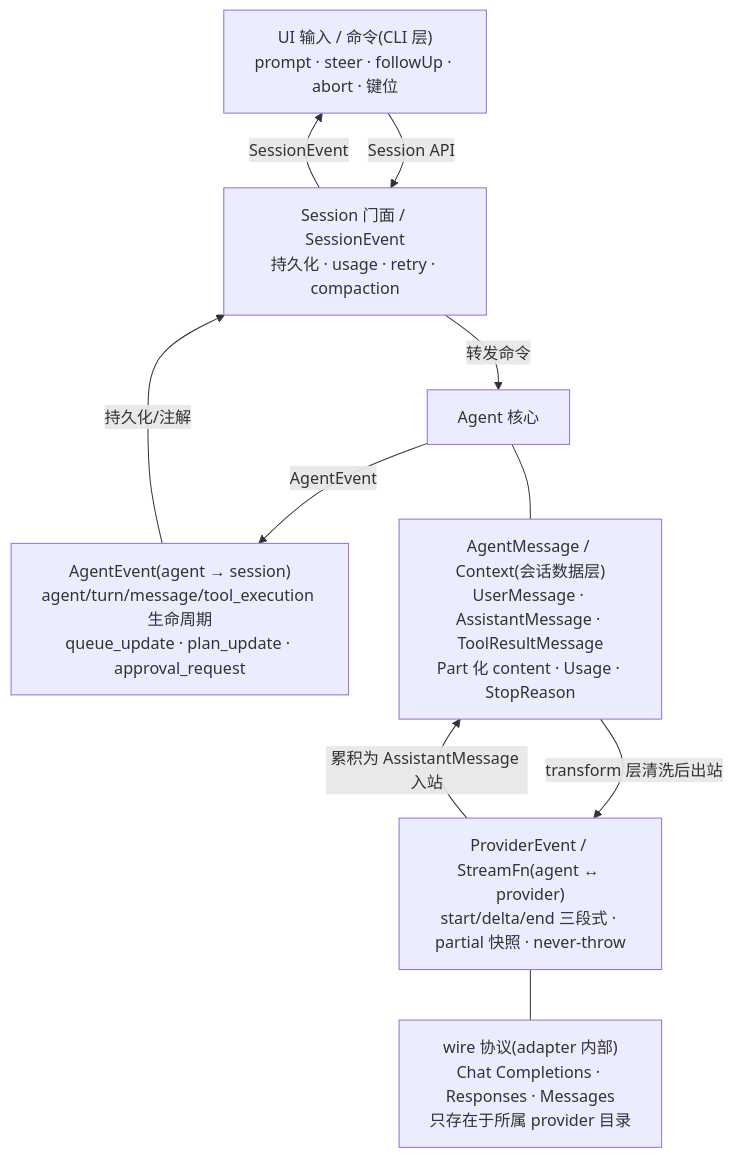
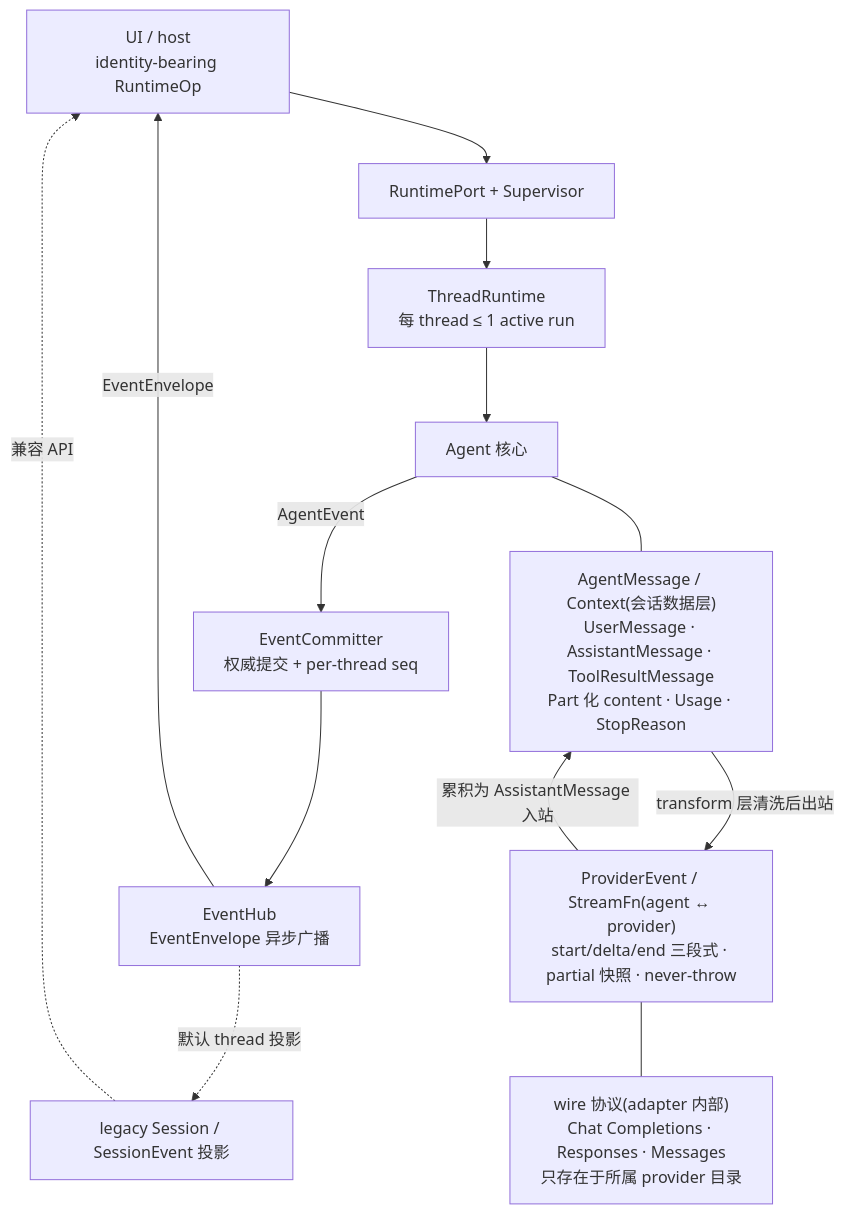
The diagram in docs/01-overview.md (rita152/coda), drawn with Mermaid before and after one commit. The commit also changed other lines of this file and 14 other files, not shown here.

First line of the commit message:
Freeze supervisor runtime design baseline

````diff
--- a/docs/01-overview.md
+++ b/docs/01-overview.md
@@ -139,20 +148,26 @@
 ```mermaid
 graph TD
-  UI["UI 输入 / 命令(CLI 层)<br/>prompt · steer · followUp · abort · 键位"]
-  SE["Session 门面 / SessionEvent<br/>持久化 · usage · retry · compaction"]
+  UI["UI / host<br/>identity-bearing RuntimeOp"]
+  RP["RuntimePort + Supervisor"]
+  TR["ThreadRuntime<br/>每 thread ≤ 1 active run"]
   AG["Agent 核心"]
-  AE["AgentEvent(agent → session)<br/>agent/turn/message/tool_execution 生命周期<br/>queue_update · plan_update · approval_request"]
+  EC["EventCommitter<br/>权威提交 + per-thread seq"]
+  EH["EventHub<br/>EventEnvelope 异步广播"]
+  LEG["legacy Session / SessionEvent 投影"]
   AM["AgentMessage / Context(会话数据层)<br/>UserMessage · AssistantMessage · ToolResultMessage<br/>Part 化 content · Usage · StopReason"]
   PE["ProviderEvent / StreamFn(agent ↔ provider)<br/>start/delta/end 三段式 · partial 快照 · never-throw"]
   WIRE["wire 协议(adapter 内部)<br/>Chat Completions · Responses · Messages<br/>只存在于所属 provider 目录"]
 
-  UI -- "Session API" --> SE
-  SE -- "转发命令" --> AG
-  AG -- "AgentEvent" --> AE
-  AE -- "持久化/注解" --> SE
-  SE -- "SessionEvent" --> UI
+  UI --> RP
+  RP --> TR
+  TR --> AG
+  AG -- "AgentEvent" --> EC
+  EC --> EH
+  EH -- "EventEnvelope" --> UI
+  EH -. "默认 thread 投影" .-> LEG
+  LEG -. "兼容 API" .-> UI
   AG --- AM
   AM -- "transform 层清洗后出站" --> PE
   PE -- "累积为 AssistantMessage 入站" --> AM
   PE --- WIRE
 ```
````
